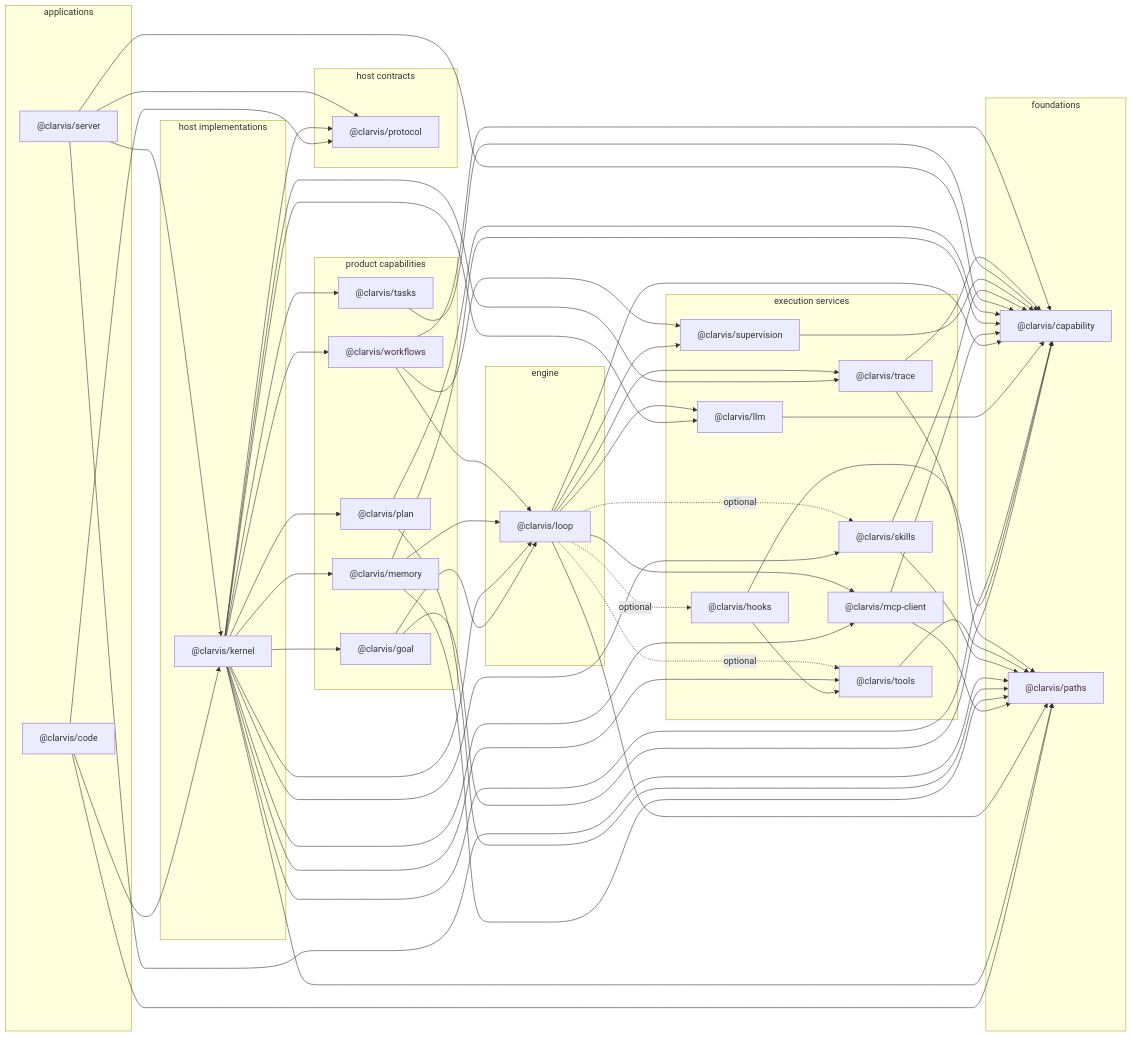
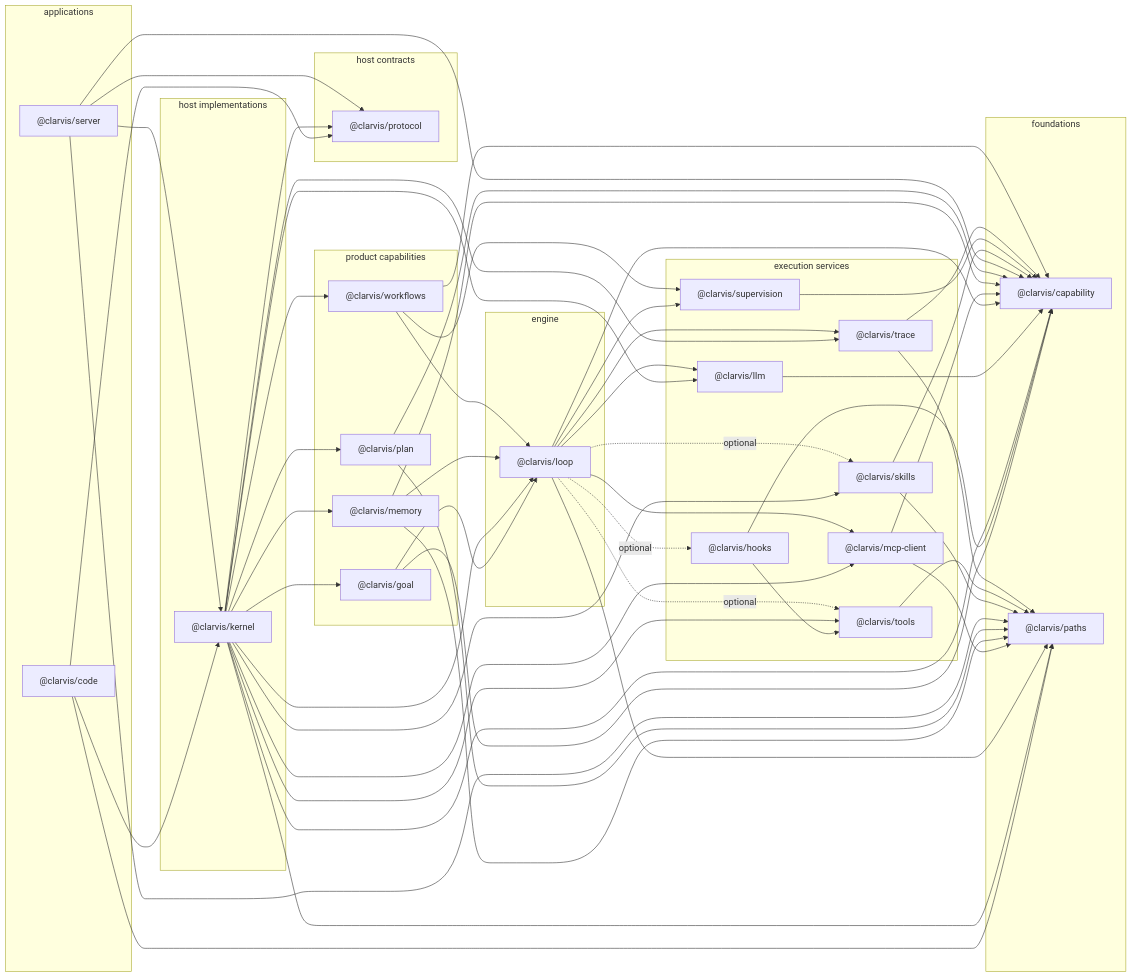
The diagram in specs/package-coupling-analysis.md (getclarvis/clarvis), drawn with Mermaid before and after one commit. The commit also changed other lines of this file and 221 other files, not shown here.

```diff
--- a/specs/package-coupling-analysis.md
+++ b/specs/package-coupling-analysis.md
@@ -76,7 +75,6 @@
     goal["@clarvis/goal"]
     memory["@clarvis/memory"]
     plan["@clarvis/plan"]
-    tasks["@clarvis/tasks"]
     workflows["@clarvis/workflows"]
   end
   subgraph role_host_implementation["host implementations"]
@@ -103,7 +101,6 @@
   kernel --> plan
   kernel --> protocol
   kernel --> skills
-  kernel --> tasks
   kernel --> tools
   kernel --> trace
   kernel --> workflows
@@ -131,7 +128,6 @@
   skills --> capability
   skills --> paths
   supervision --> capability
-  tasks --> capability
   tools --> paths
   trace --> capability
   trace --> paths
```
